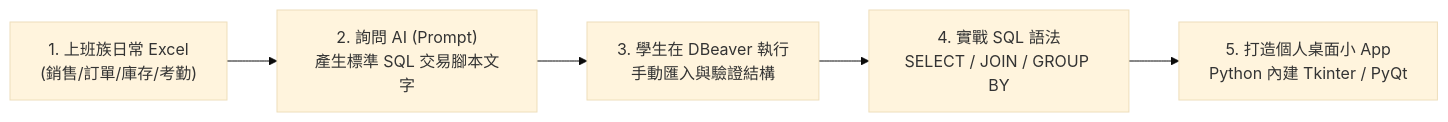
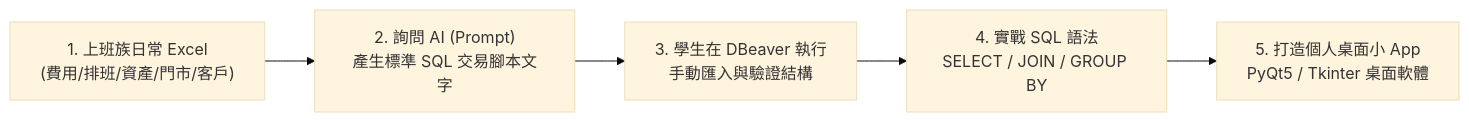
The diagram in 範例資料庫/README.md (roberthsu2003/postgreSQL_MCP), drawn with Mermaid (base theme) before and after one commit. The commit also changed other lines of this file and 84 other files, not shown here.

Commit message:
refactor: update sample databases, app projects structure, and SQL tutorial contents

````diff
--- a/範例資料庫/README.md
+++ b/範例資料庫/README.md
@@ -26,7 +38,7 @@
 ```mermaid
 flowchart LR
-    A["1. 上班族日常 Excel<br>(銷售/訂單/庫存/考勤)"] --> B["2. 詢問 AI (Prompt)<br>產生標準 SQL 交易腳本文字"]
+    A["1. 上班族日常 Excel<br>(費用/排班/資產/門市/客戶)"] --> B["2. 詢問 AI (Prompt)<br>產生標準 SQL 交易腳本文字"]
     B --> C["3. 學生在 DBeaver 執行<br>手動匯入與驗證結構"]
     C --> D["4. 實戰 SQL 語法<br>SELECT / JOIN / GROUP BY"]
-    D --> E["5. 打造個人桌面小 App<br>Python 內建 Tkinter / PyQt"]
+    D --> E["5. 打造個人桌面小 App<br>PyQt5 / Tkinter 桌面軟體"]
 ```
````
